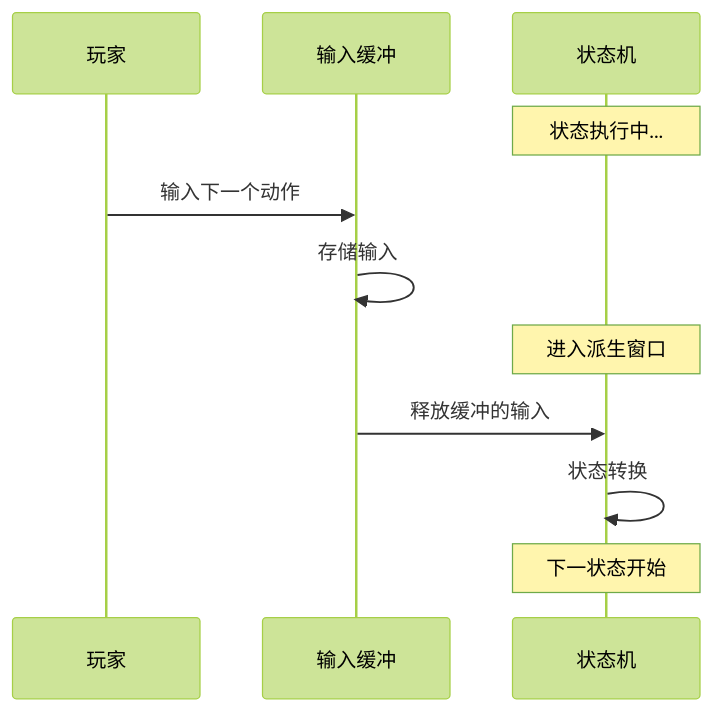
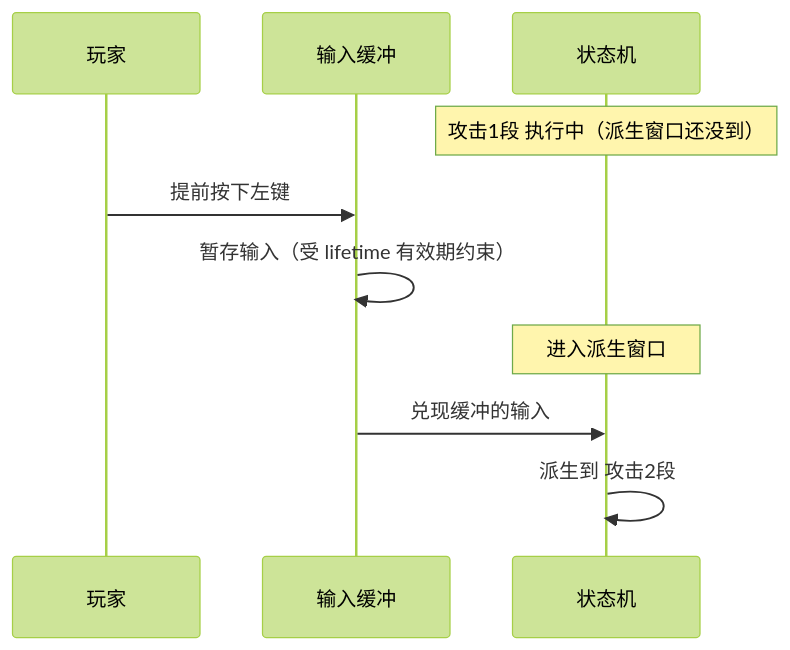
The fourth of 4 diagrams in content/docs/chronos/1_start.mdx (17Artist/ArcartX-Wiki), drawn with Mermaid (forest theme) before and after one commit. The commit also changed other lines of this file and 26 other files, not shown here.

````diff
--- a/content/docs/chronos/1_start.mdx
+++ b/content/docs/chronos/1_start.mdx
@@ -162,14 +161,12 @@
 ```mermaid
 sequenceDiagram
     participant P as 玩家
     participant B as 输入缓冲
     participant S as 状态机
-    
-    Note over S: 状态执行中...
-    P->>B: 输入下一个动作
-    B->>B: 存储输入
+    Note over S: 攻击1段 执行中（派生窗口还没到）
+    P->>B: 提前按下左键
+    B->>B: 暂存输入（受 lifetime 有效期约束）
     Note over S: 进入派生窗口
-    B->>S: 释放缓冲的输入
-    S->>S: 状态转换
-    Note over S: 下一状态开始
+    B->>S: 兑现缓冲的输入
+    S->>S: 派生到 攻击2段
 ```
````
